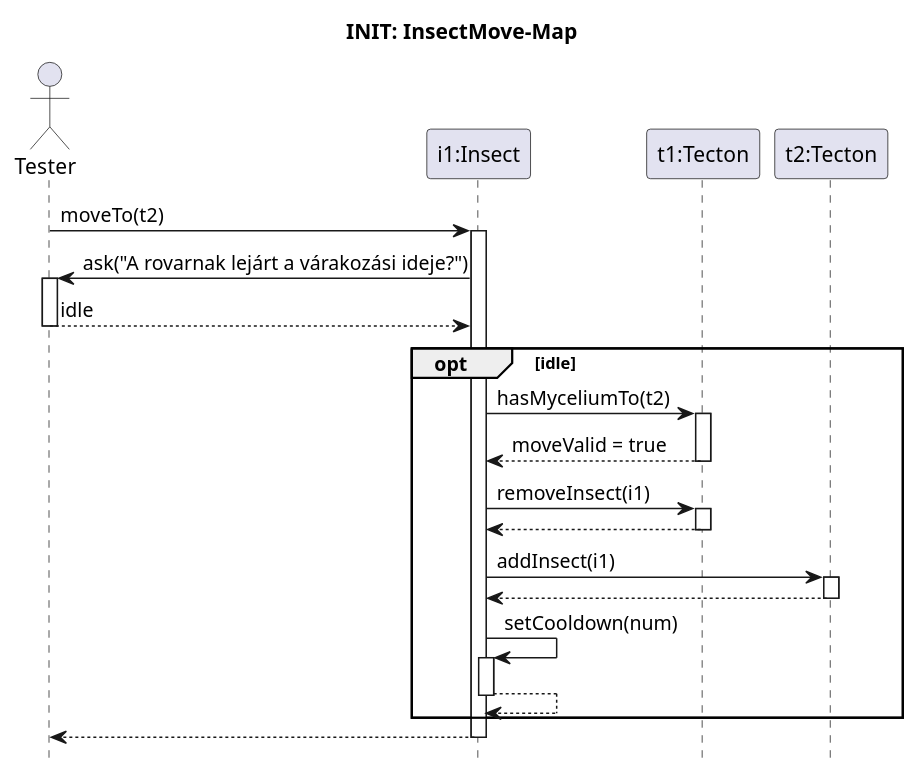
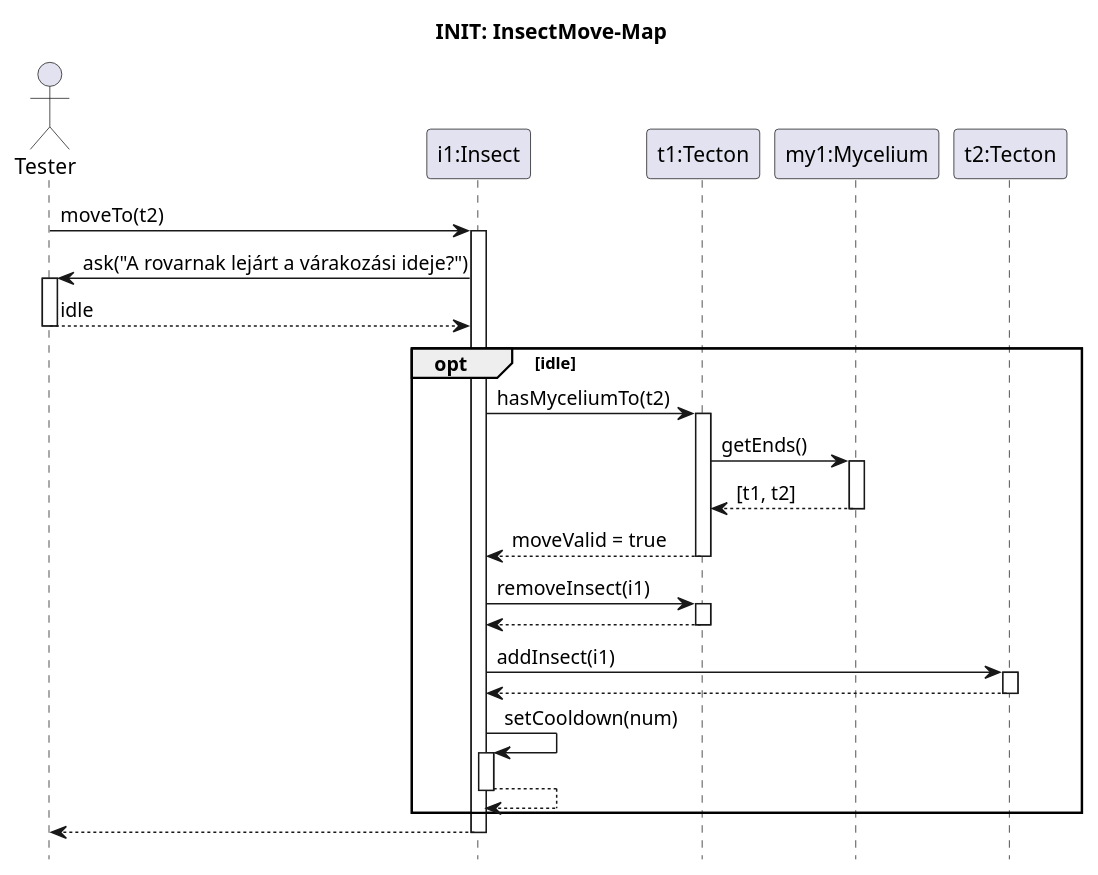
One commit to ZD4ve/projlab-error521 changed the diagram in Skeleton/Insect-move/sucess.puml. Above: the diagram before and after it, drawn with PlantUML.

Commit message:
fix Insect move success

```diff
--- a/Skeleton/Insect-move/sucess.puml
+++ b/Skeleton/Insect-move/sucess.puml
@@ -1,37 +1,42 @@
 @startuml Insect-move/sucess
 hide footbox
 title INIT: InsectMove-Map
 
 actor Tester as S
 participant "i1:Insect" as insect
 participant "t1:Tecton" as location
+participant "my1:Mycelium" as my1
 participant "t2:Tecton" as target
+
 
 S -> insect : moveTo(t2)
 activate insect
 
 S <- insect : ask("A rovarnak lejárt a várakozási ideje?")
 activate S
 return idle
 
 opt idle
 
     insect -> location : hasMyceliumTo(t2)
     activate location
+    location -> my1 : getEnds()
+    activate my1
+    return [t1, t2] 
     return moveValid = true
 
     insect -> location : removeInsect(i1)
     activate location
     return 
     
     insect -> target : addInsect(i1)
     activate target
     return
 
     insect -> insect : setCooldown(num)
     activate insect
     return
 end
 
 return
 @enduml
```
